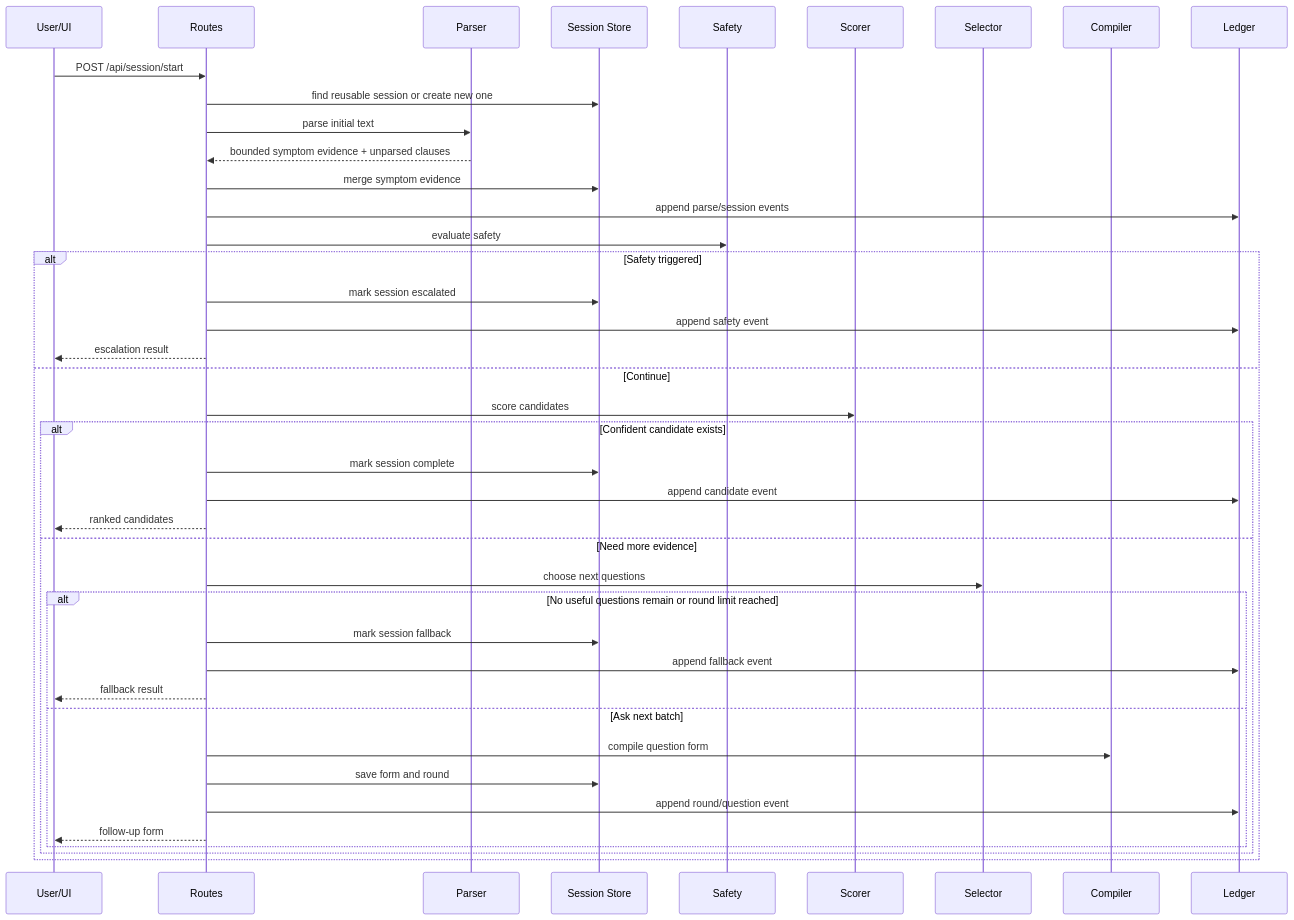
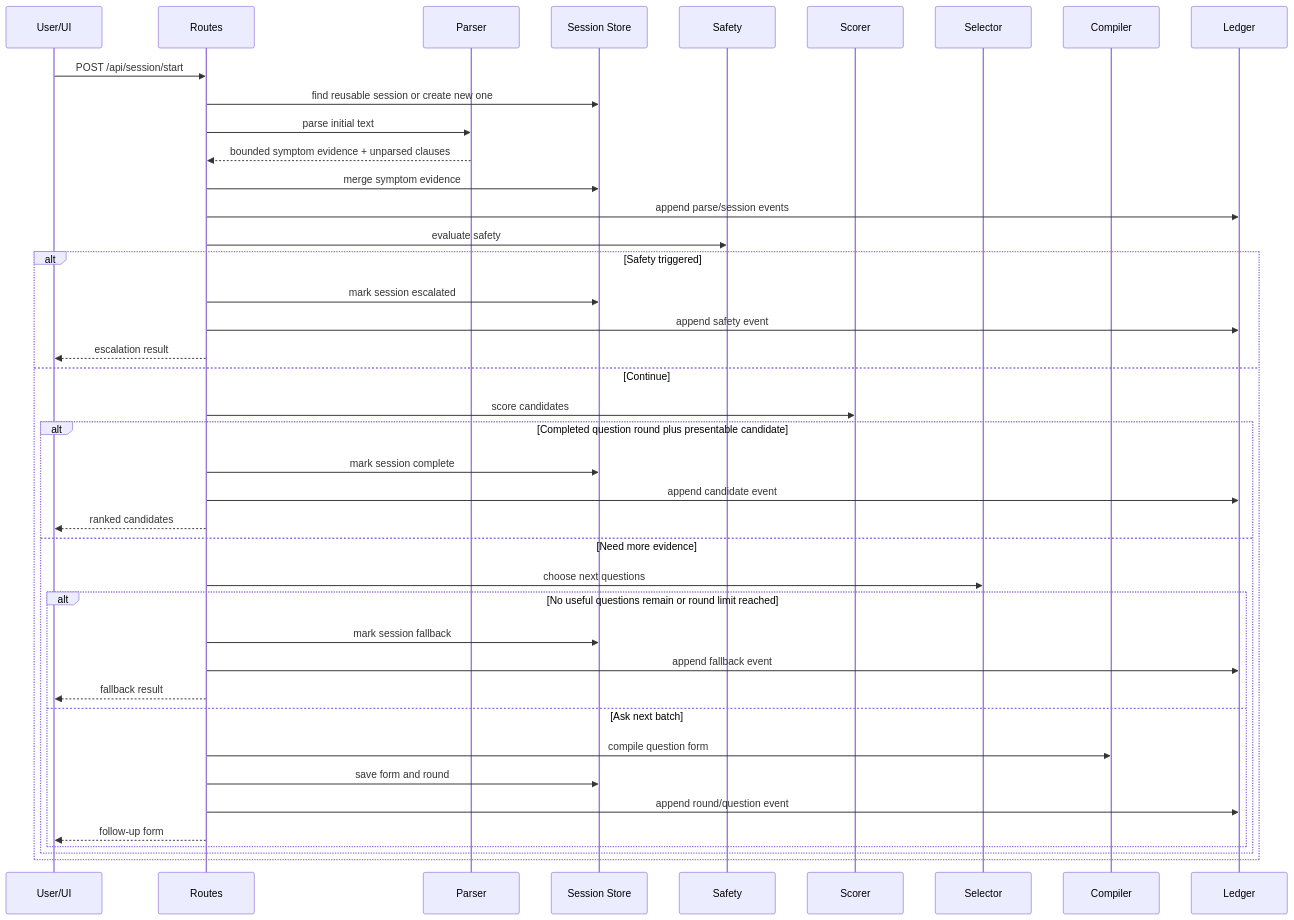
The second of 3 diagrams in SYSTEM_ARCHITECTURE.md (prnvh/diagnostic-engine), drawn with Mermaid before and after one commit. The commit also changed other lines of this file and 74 other files, not shown here.

````diff
--- a/SYSTEM_ARCHITECTURE.md
+++ b/SYSTEM_ARCHITECTURE.md
@@ -223,44 +228,44 @@
 ```mermaid
 sequenceDiagram
     participant U as User/UI
     participant R as Routes
     participant P as Parser
     participant S as Session Store
     participant Safe as Safety
     participant Score as Scorer
     participant Sel as Selector
     participant C as Compiler
     participant L as Ledger
 
     U->>R: POST /api/session/start
     R->>S: find reusable session or create new one
     R->>P: parse initial text
     P-->>R: bounded symptom evidence + unparsed clauses
     R->>S: merge symptom evidence
     R->>L: append parse/session events
     R->>Safe: evaluate safety
     alt Safety triggered
         R->>S: mark session escalated
         R->>L: append safety event
         R-->>U: escalation result
     else Continue
         R->>Score: score candidates
-        alt Confident candidate exists
+        alt Completed question round plus presentable candidate
             R->>S: mark session complete
             R->>L: append candidate event
             R-->>U: ranked candidates
         else Need more evidence
             R->>Sel: choose next questions
             alt No useful questions remain or round limit reached
                 R->>S: mark session fallback
                 R->>L: append fallback event
                 R-->>U: fallback result
             else Ask next batch
                 R->>C: compile question form
                 R->>S: save form and round
                 R->>L: append round/question event
                 R-->>U: follow-up form
             end
         end
     end
 ```
````
